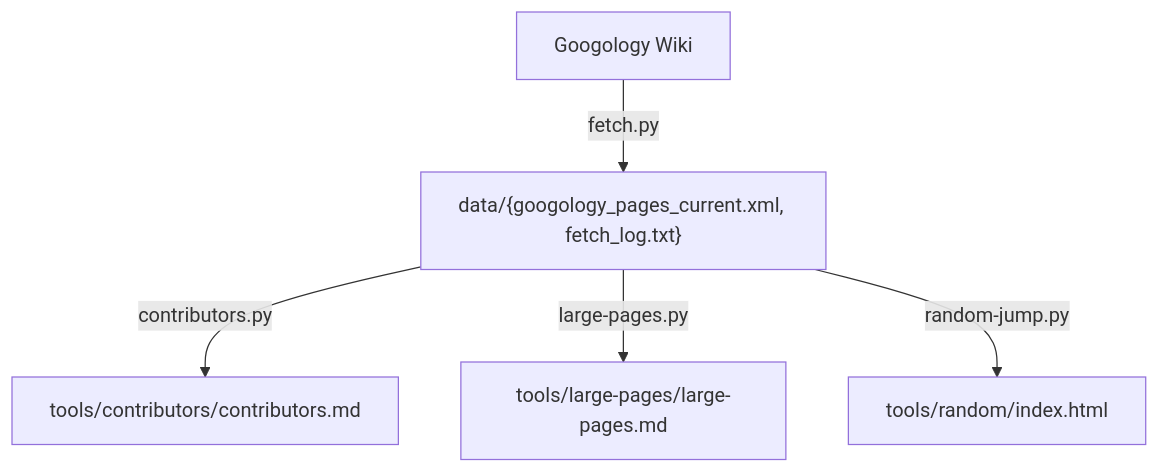
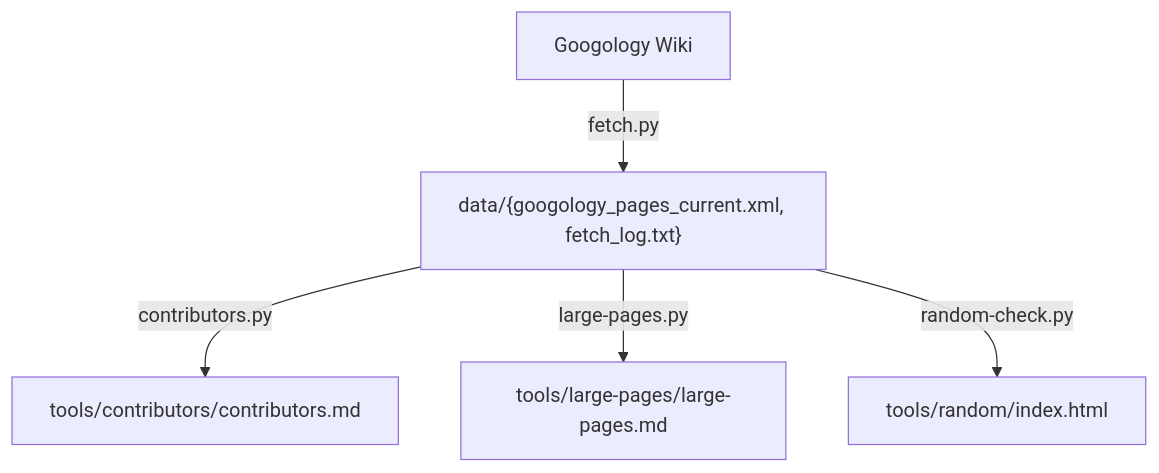
Before and after one commit to koteitan/googolbook-lm: the diagram in README.md, drawn with Mermaid. The commit also changed other lines of this file, not shown here.

````diff
--- a/README.md
+++ b/README.md
@@ -13,7 +13,7 @@
 ```mermaid
 graph TD
     A[Googology Wiki] -->|fetch.py| B["data/{googology_pages_current.xml, fetch_log.txt}"]
     B -->|contributors.py| C[tools/contributors/contributors.md]
     B -->|large-pages.py| D[tools/large-pages/large-pages.md]
-    B -->|random-jump.py| E[tools/random/index.html]
+    B -->|random-check.py| E[tools/random/index.html]
 ```
````
